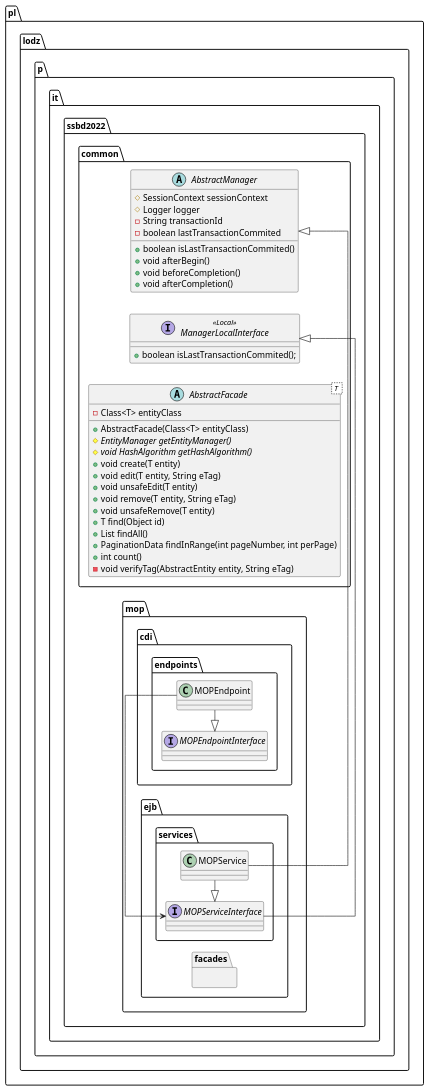
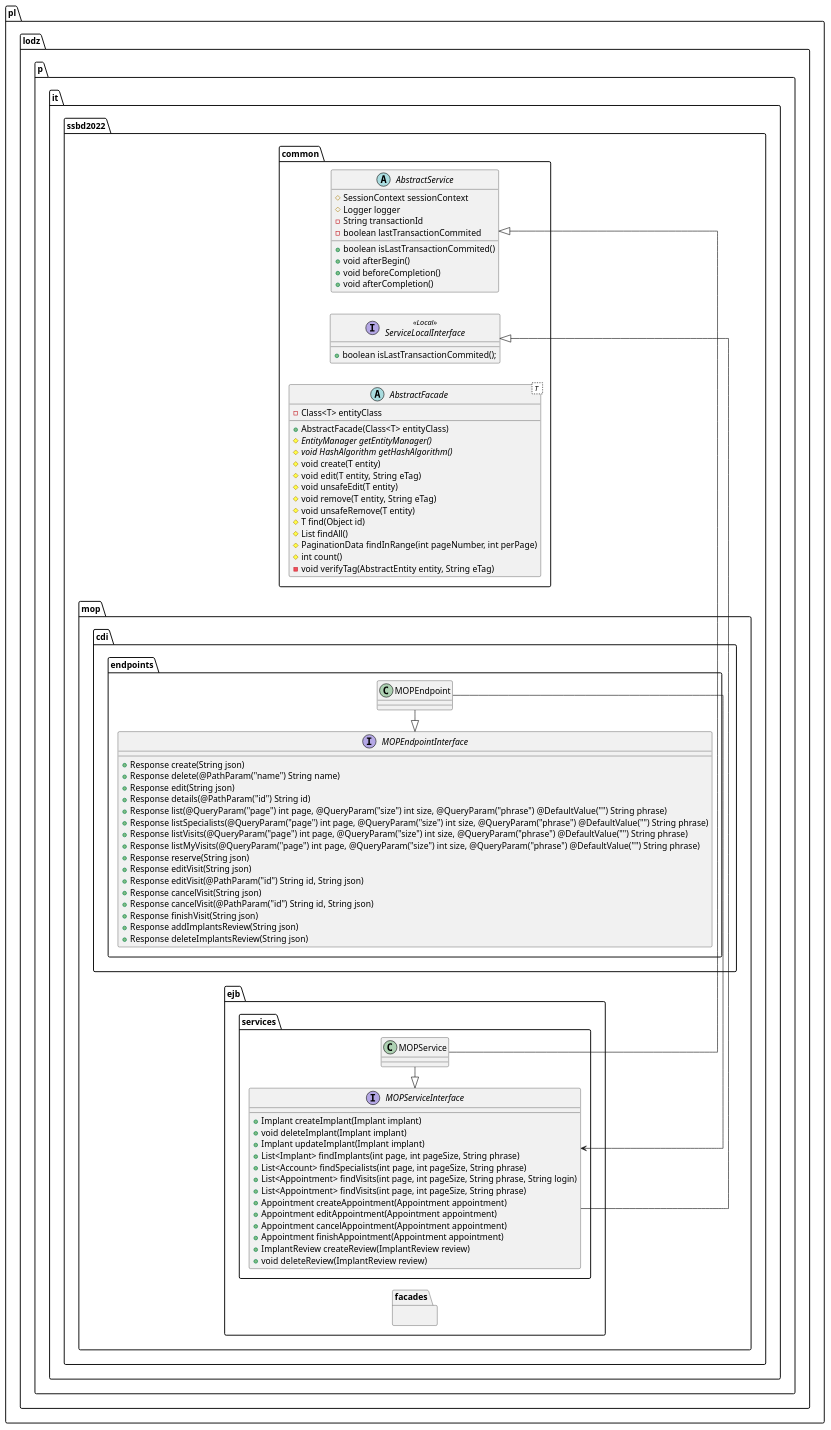
One commit to TheVivent-Politechnika-Lodzka/ssbd03_kic_uml changed the diagram in src/rozdział 9/mop.puml. Above: the diagram before and after it, drawn with PlantUML. The commit also changed 1 other file, not shown here.

Commit message:
update diagramów

```diff
--- a/src/rozdział 9/mop.puml
+++ b/src/rozdział 9/mop.puml
@@ -1,92 +1,122 @@
 @startuml mop_ejb_cdi_diagram
 left to right direction
 skinparam linetype ortho
 
 package pl.lodz.p.it.ssbd2022.common {
     abstract class AbstractFacade< T  > {
         -Class<T> entityClass
         +AbstractFacade(Class<T> entityClass)
         #{abstract} EntityManager getEntityManager()
         #{abstract} void HashAlgorithm getHashAlgorithm()
-        +void create(T entity)
-        +void edit(T entity, String eTag)
-        +void unsafeEdit(T entity)
-        +void remove(T entity, String eTag)
-        +void unsafeRemove(T entity)
-        +T find(Object id)
-        +List findAll()
-        +PaginationData findInRange(int pageNumber, int perPage)
-        +int count()
+        #void create(T entity)
+        #void edit(T entity, String eTag)
+        #void unsafeEdit(T entity)
+        #void remove(T entity, String eTag)
+        #void unsafeRemove(T entity)
+        #T find(Object id)
+        #List findAll()
+        #PaginationData findInRange(int pageNumber, int perPage)
+        #int count()
         -void verifyTag(AbstractEntity entity, String eTag)
     }
 
-    abstract class AbstractManager {
+    abstract class AbstractService {
         #SessionContext sessionContext
         #Logger logger
         -String transactionId
         -boolean lastTransactionCommited
         +boolean isLastTransactionCommited()
         +void afterBegin()
         +void beforeCompletion()
         +void afterCompletion()
     }
 
-    interface ManagerLocalInterface <<Local>> {
+    interface ServiceLocalInterface <<Local>> {
         +boolean isLastTransactionCommited();
     }
 }
 
 
 package pl.lodz.p.it.ssbd2022.mop {
 
     ' ENDPOINTY
     package cdi.endpoints {
         interface MOPEndpointInterface {
+            +Response create(String json)
+            +Response delete(@PathParam("name") String name)
+            +Response edit(String json)
+            +Response details(@PathParam("id") String id)
+            +Response list(@QueryParam("page") int page, @QueryParam("size") int size, @QueryParam("phrase") @DefaultValue("") String phrase)
+            +Response listSpecialists(@QueryParam("page") int page, @QueryParam("size") int size, @QueryParam("phrase") @DefaultValue("") String phrase)
+            +Response listVisits(@QueryParam("page") int page, @QueryParam("size") int size, @QueryParam("phrase") @DefaultValue("") String phrase)
+            +Response listMyVisits(@QueryParam("page") int page, @QueryParam("size") int size, @QueryParam("phrase") @DefaultValue("") String phrase)
+            +Response reserve(String json)
+            +Response editVisit(String json)
+            +Response editVisit(@PathParam("id") String id, String json)
+            +Response cancelVisit(String json)
+            +Response cancelVisit(@PathParam("id") String id, String json)
+            +Response finishVisit(String json)
+            +Response addImplantsReview(String json)
+            +Response deleteImplantsReview(String json)
         }
 
         class MOPEndpoint {
                 
         }           
     }
 
     ' FASADY
     package ejb.facades {
 
     }
 
     ' SERWISY
     package ejb.services {
 
-        interface MOPServiceInterface {}
+        interface MOPServiceInterface {
+            +Implant createImplant(Implant implant)
+            +void deleteImplant(Implant implant)
+            +Implant updateImplant(Implant implant)
+            +List<Implant> findImplants(int page, int pageSize, String phrase)
+            +List<Account> findSpecialists(int page, int pageSize, String phrase)
+            +List<Appointment> findVisits(int page, int pageSize, String phrase, String login)
+            +List<Appointment> findVisits(int page, int pageSize, String phrase)
+            +Appointment createAppointment(Appointment appointment)
+            +Appointment editAppointment(Appointment appointment)
+            +Appointment cancelAppointment(Appointment appointment)
+            +Appointment finishAppointment(Appointment appointment)
+            +ImplantReview createReview(ImplantReview review)
+            +void deleteReview(ImplantReview review)
+        }
 
         class MOPService {}
 
     }
     
 }
 
 ' extend fasad
 ' AbstractFacade <|- AccessLevelFacade
 ' AbstractFacade <|- AccountFacade
 ' AbstractFacade <|- ActiveAccountFacade
 ' AbstractFacade <|- ResetPasswordFacade
 
 ' extend/implement serwis
-AbstractManager <|- MOPService
-ManagerLocalInterface <|- MOPServiceInterface
+AbstractService <|- MOPService
+ServiceLocalInterface <|- MOPServiceInterface
 MOPServiceInterface <|- MOPService
 
 ' implement endpoint
 MOPEndpointInterface <|- MOPEndpoint
 
 ' wykorzystanie serwisu przez endpoint
 MOPEndpoint -> MOPServiceInterface
 
 ' wykorzystanie fasady przez serwis
 ' mopService -> AccessLevelFacade
 ' mopService -> AccountFacade
 ' mopService -> ActiveAccountFacade
 ' mopService -> ResetPasswordFacade
 
 
 @enduml
```
